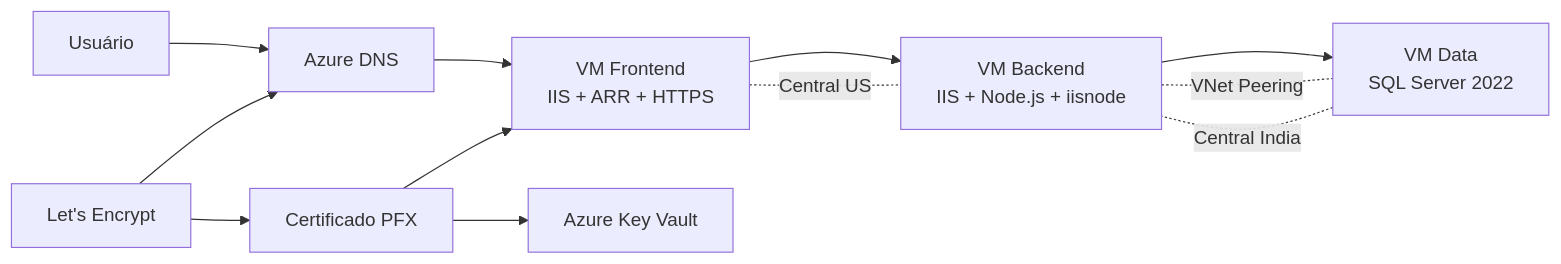
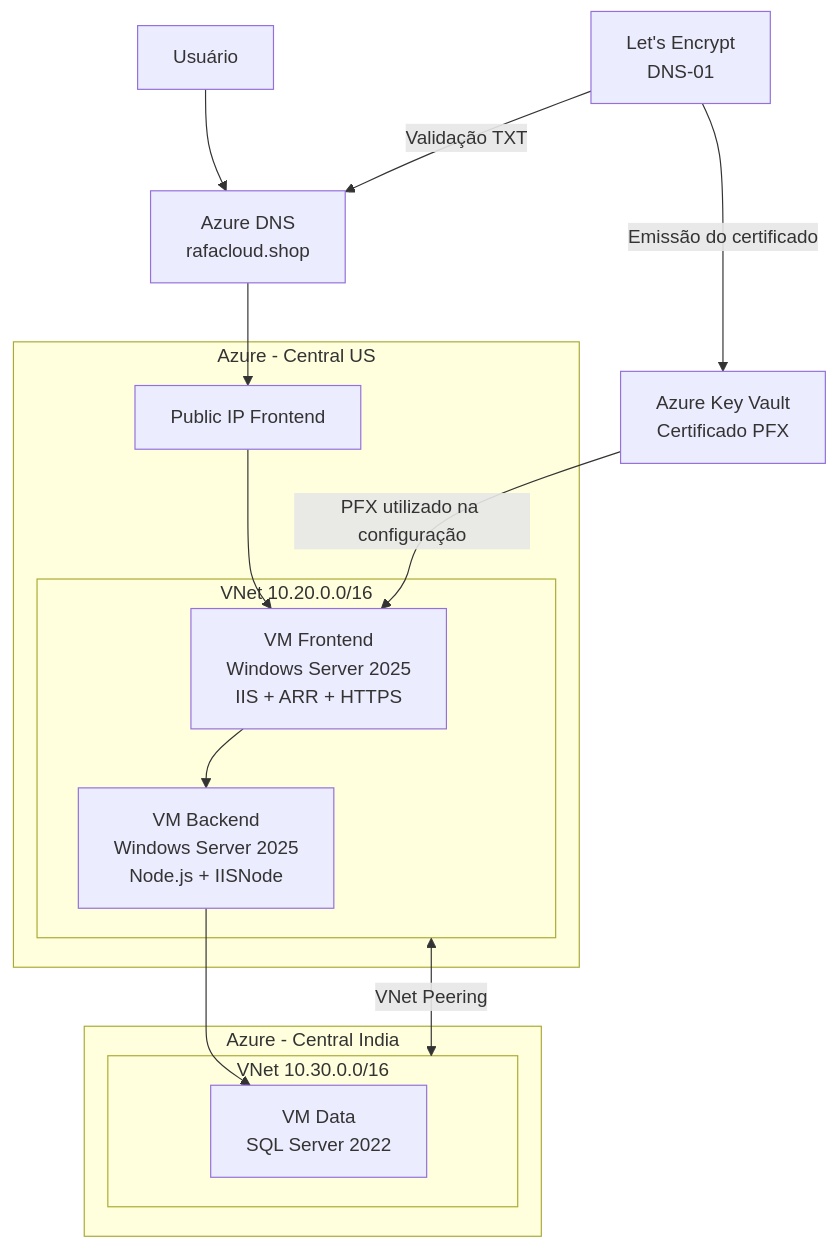
The first of 2 diagrams in README.md (rafabiasotto/Copa_Azure), drawn with Mermaid before and after one commit. The commit also changed other lines of this file and 9 other files, not shown here.

````diff
--- a/README.md
+++ b/README.md
@@ -15,17 +33,35 @@
 ```mermaid
-flowchart LR
-    User[Usuário] --> DNS[Azure DNS]
+flowchart TD
+    USER[Usuário]
 
-    DNS --> Frontend[VM Frontend<br/>IIS + ARR + HTTPS]
-    Frontend --> Backend[VM Backend<br/>IIS + Node.js + iisnode]
-    Backend --> Database[VM Data<br/>SQL Server 2022]
+    DNS[Azure DNS<br/>rafacloud.shop]
+    ACME[Let's Encrypt<br/>DNS-01]
+    KV[Azure Key Vault<br/>Certificado PFX]
 
-    ACME[Let's Encrypt] --> DNS
-    ACME --> Certificate[Certificado PFX]
-    Certificate --> KeyVault[Azure Key Vault]
-    Certificate --> Frontend
+    subgraph CUS[Azure - Central US]
+        PIP_FRONT[Public IP Frontend]
 
-    Frontend -. Central US .- Backend
-    Backend -. VNet Peering .- Database
-    Database -. Central India .- Backend
+        subgraph VNET_CUS[VNet 10.20.0.0/16]
+            FRONT[VM Frontend<br/>Windows Server 2025<br/>IIS + ARR + HTTPS]
+            BACK[VM Backend<br/>Windows Server 2025<br/>Node.js + IISNode]
+        end
+    end
+
+    subgraph CIN[Azure - Central India]
+        subgraph VNET_CIN[VNet 10.30.0.0/16]
+            DATA[VM Data<br/>SQL Server 2022]
+        end
+    end
+
+    USER --> DNS
+    DNS --> PIP_FRONT
+    PIP_FRONT --> FRONT
+    FRONT --> BACK
+    BACK --> DATA
+
+    VNET_CUS <-->|VNet Peering| VNET_CIN
+
+    ACME -->|Validação TXT| DNS
+    ACME -->|Emissão do certificado| KV
+    KV -->|PFX utilizado na configuração| FRONT
 ```
````
